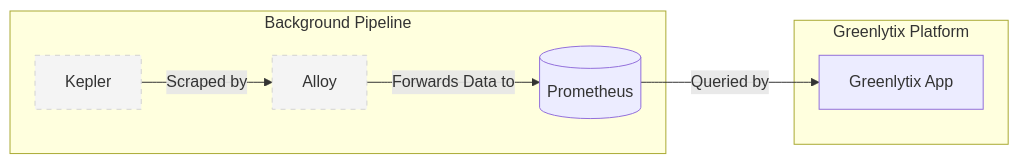
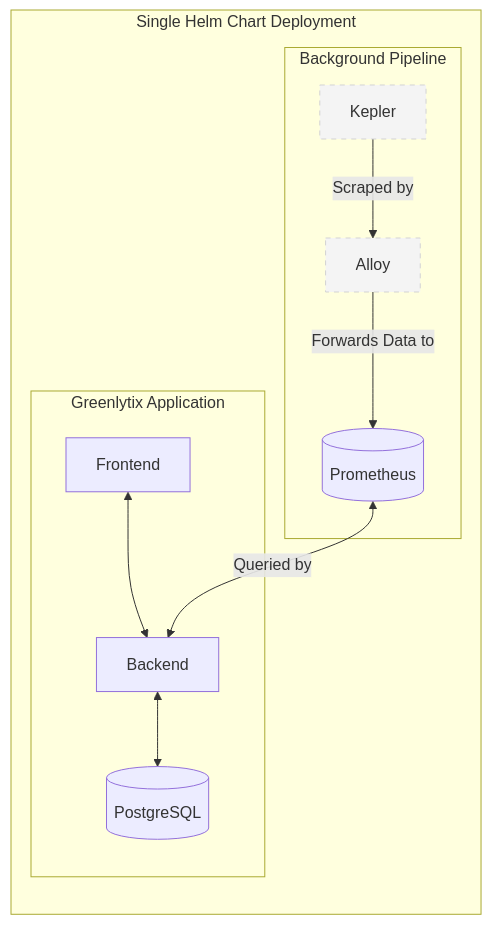
The diagram in README.md (sinulegend689-web/test), drawn with Mermaid before and after one commit. The commit also changed other lines of this file, not shown here.

````diff
--- a/README.md
+++ b/README.md
@@ -21,16 +23,19 @@
 ```mermaid
 flowchart LR
-    subgraph Greenlytix Platform
-        GL[Greenlytix App]
+    subgraph Single Helm Chart Deployment
+        subgraph Greenlytix Application
+            FE[Frontend] <--> BE[Backend]
+            BE <--> DB[(PostgreSQL)]
+        end
+
+        subgraph Background Pipeline
+            KP[Kepler] -- Scraped by --> AL[Alloy]
+            AL -- Forwards Data to --> PR[(Prometheus)]
+        end
+
+        PR <-- Queried by --> BE
     end
-
-    subgraph Background Pipeline
-        KP[Kepler] -- Scraped by --> AL[Alloy]
-        AL -- Forwards Data to --> PR[(Prometheus)]
-    end
-
-    PR -- Queried by --> GL
 
     classDef background fill:#f4f4f4,stroke:#d3d3d3,stroke-dasharray: 5 5;
     class KP,AL background;
 ```
````
